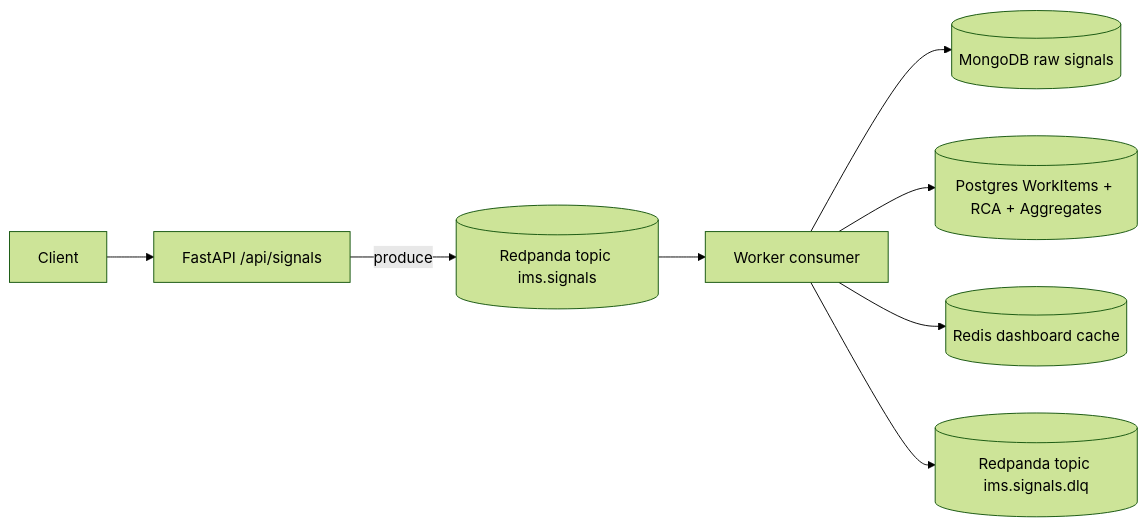
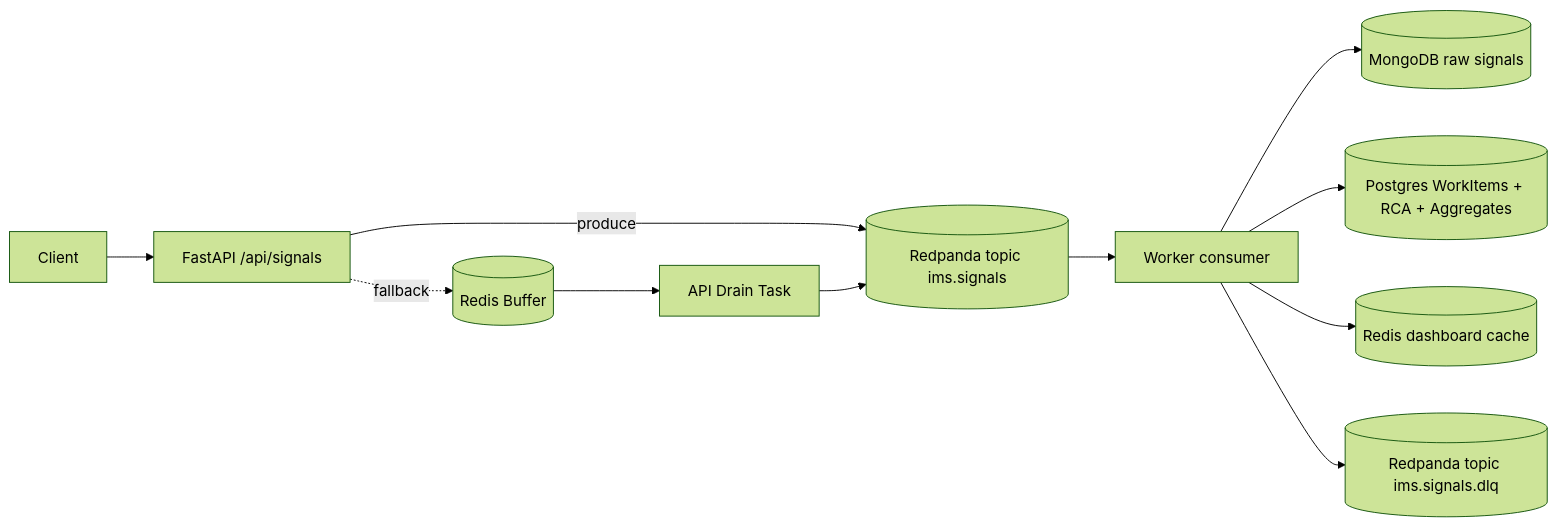
The diagram in README.md (techmedaddy/IMS), drawn with Mermaid (forest theme) before and after one commit. The commit also changed other lines of this file and 8 other files, not shown here.

````diff
--- a/README.md
+++ b/README.md
@@ -8,10 +8,13 @@
 ```mermaid
 flowchart LR
   Client --> API[FastAPI /api/signals]
   API -->|produce| Kafka[(Redpanda topic ims.signals)]
+  API -.->|fallback| Redis[(Redis Buffer)]
   Kafka --> Worker[Worker consumer]
+  Redis --> Drain[API Drain Task]
+  Drain --> Kafka
   Worker --> Mongo[(MongoDB raw signals)]
   Worker --> Postgres[(Postgres WorkItems + RCA + Aggregates)]
-  Worker --> Redis[(Redis dashboard cache)]
+  Worker --> RedisCache[(Redis dashboard cache)]
   Worker --> DLQ[(Redpanda topic ims.signals.dlq)]
 ```
````
